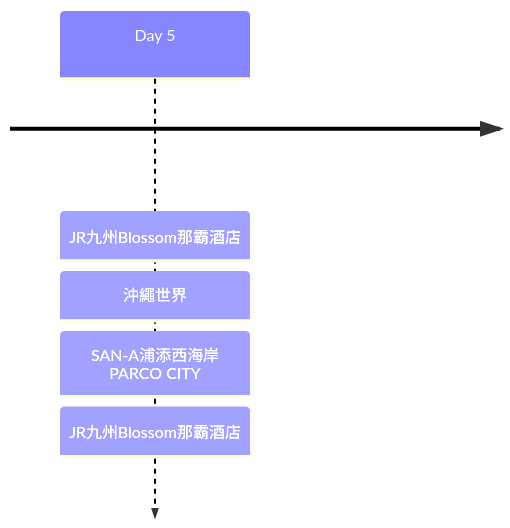
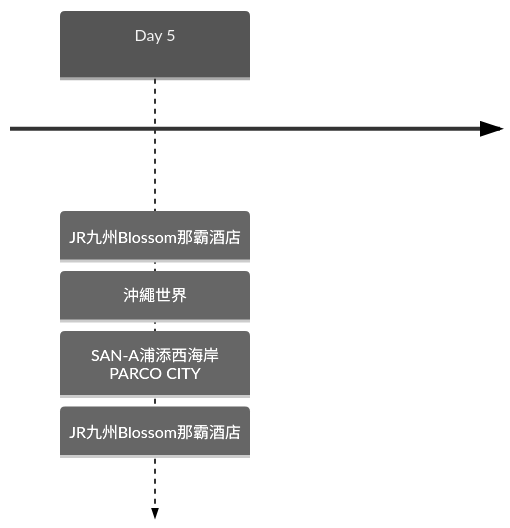
Before and after one commit to wilder640/trip: the fifth of 12 diagrams in docs/blog/posts/okinawa/okinawa-2024-12/okinawa-2024-12.md, drawn with Mermaid. The commit also changed other lines of this file and 4 other files, not shown here.

````diff
--- a/docs/blog/posts/okinawa/okinawa-2024-12/okinawa-2024-12.md
+++ b/docs/blog/posts/okinawa/okinawa-2024-12/okinawa-2024-12.md
@@ -62,4 +65,5 @@
     ``` mermaid
+    %%{init: { 'logLevel': 'debug', 'theme': 'neutral' } }%%
     timeline
         Day 5 : JR九州Blossom那霸酒店 : 沖繩世界 : SAN-A浦添西海岸 PARCO CITY : JR九州Blossom那霸酒店
     ```
````
